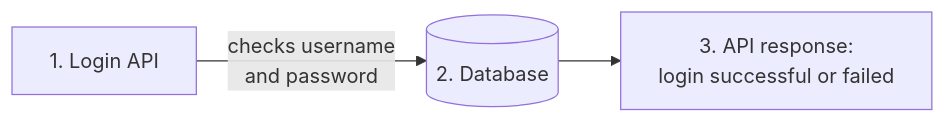
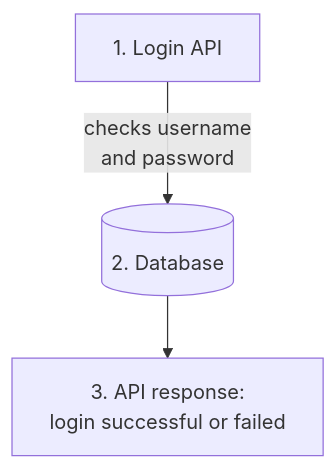
Before and after one commit to iamrs77/interview-ready: the first of 2 diagrams in content/javascript/testing/unit-integration-e2e.mdx, drawn with Mermaid. The commit also changed other lines of this file and 70 other files, not shown here.

````diff
--- a/content/javascript/testing/unit-integration-e2e.mdx
+++ b/content/javascript/testing/unit-integration-e2e.mdx
@@ -52,5 +52,5 @@
 ```mermaid
-flowchart LR
-  API["1. Login API"] -->|"checks username<br/>and password"| DB[("2. Database")]
-  DB --> R["3. API response:<br/>login successful or failed"]
+flowchart TB
+  API["1. Login API"]:::service -->|"checks username<br/>and password"| DB[("2. Database")]:::db
+  DB --> R["3. API response:<br/>login successful or failed"]:::client
 ```
````
